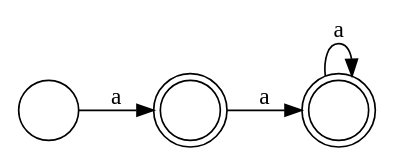
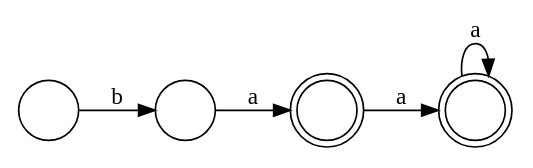
One commit to leegao/LuaInLua changed the diagram in test.dot. Above: the diagram before and after it, drawn with Graphviz. The commit also changed 2 other files, not shown here.

```diff
--- a/test.dot
+++ b/test.dot
@@ -1,9 +1,10 @@
 digraph {
   rankdir=LR;
   size="8,5"
-  node[shape=doublecircle,label=""]; 2 3;
+  node[shape=doublecircle,label=""]; 3 4;
   node[shape=circle,label=""];
   2 -> 3[label="a"];
-  1 -> 2[label="a"];
-  3 -> 3[label="a"];
+  4 -> 4[label="a"];
+  1 -> 2[label="b"];
+  3 -> 4[label="a"];
 }
```
